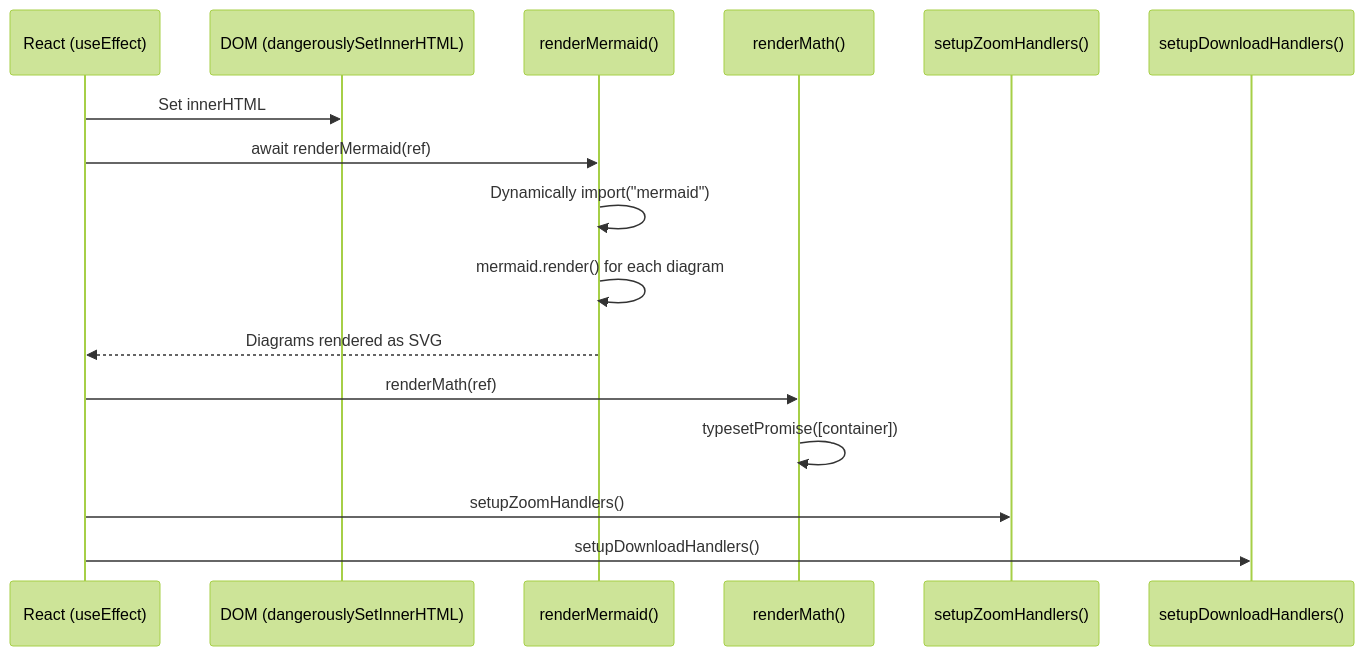
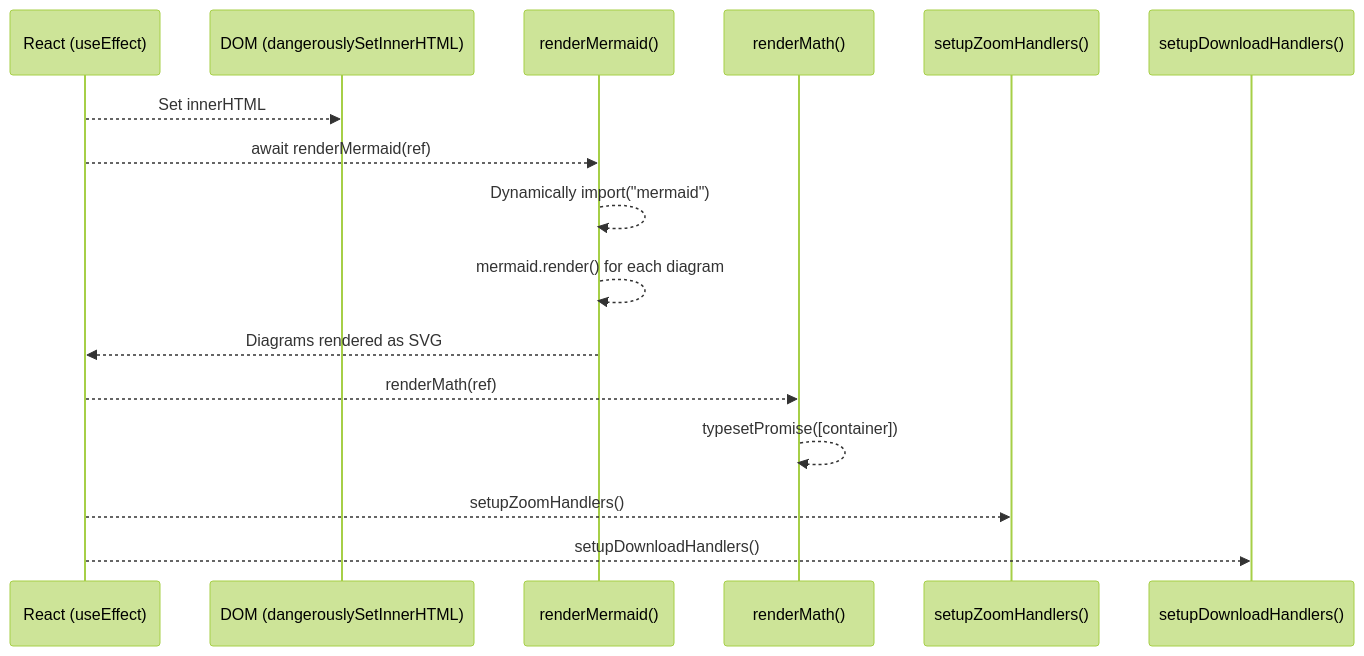
One commit to naranyala/naravisuals-web changed the second of 2 diagrams in docs/02-architecture/03-frontend-components.md. Above: the diagram before and after it, drawn with Mermaid (forest theme). The commit also changed 45 other files, not shown here.

````diff
--- a/docs/02-architecture/03-frontend-components.md
+++ b/docs/02-architecture/03-frontend-components.md
@@ -218,19 +218,19 @@
 ```mermaid:desc=Sequence diagram showing the rendering pipeline from React to Mermaid and MathJax
 sequenceDiagram
     participant React as React (useEffect)
     participant DOM as DOM (dangerouslySetInnerHTML)
     participant Mermaid as renderMermaid()
     participant MathJax as renderMath()
     participant Zoom as setupZoomHandlers()
     participant Download as setupDownloadHandlers()
 
-    React->>DOM: Set innerHTML
-    React->>Mermaid: await renderMermaid(ref)
-    Mermaid->>Mermaid: Dynamically import("mermaid")
-    Mermaid->>Mermaid: mermaid.render() for each diagram
+    React-->>DOM: Set innerHTML
+    React-->>Mermaid: await renderMermaid(ref)
+    Mermaid-->>Mermaid: Dynamically import("mermaid")
+    Mermaid-->>Mermaid: mermaid.render() for each diagram
     Mermaid-->>React: Diagrams rendered as SVG
-    React->>MathJax: renderMath(ref)
-    MathJax->>MathJax: typesetPromise([container])
-    React->>Zoom: setupZoomHandlers()
-    React->>Download: setupDownloadHandlers()
+    React-->>MathJax: renderMath(ref)
+    MathJax-->>MathJax: typesetPromise([container])
+    React-->>Zoom: setupZoomHandlers()
+    React-->>Download: setupDownloadHandlers()
 ```
````
